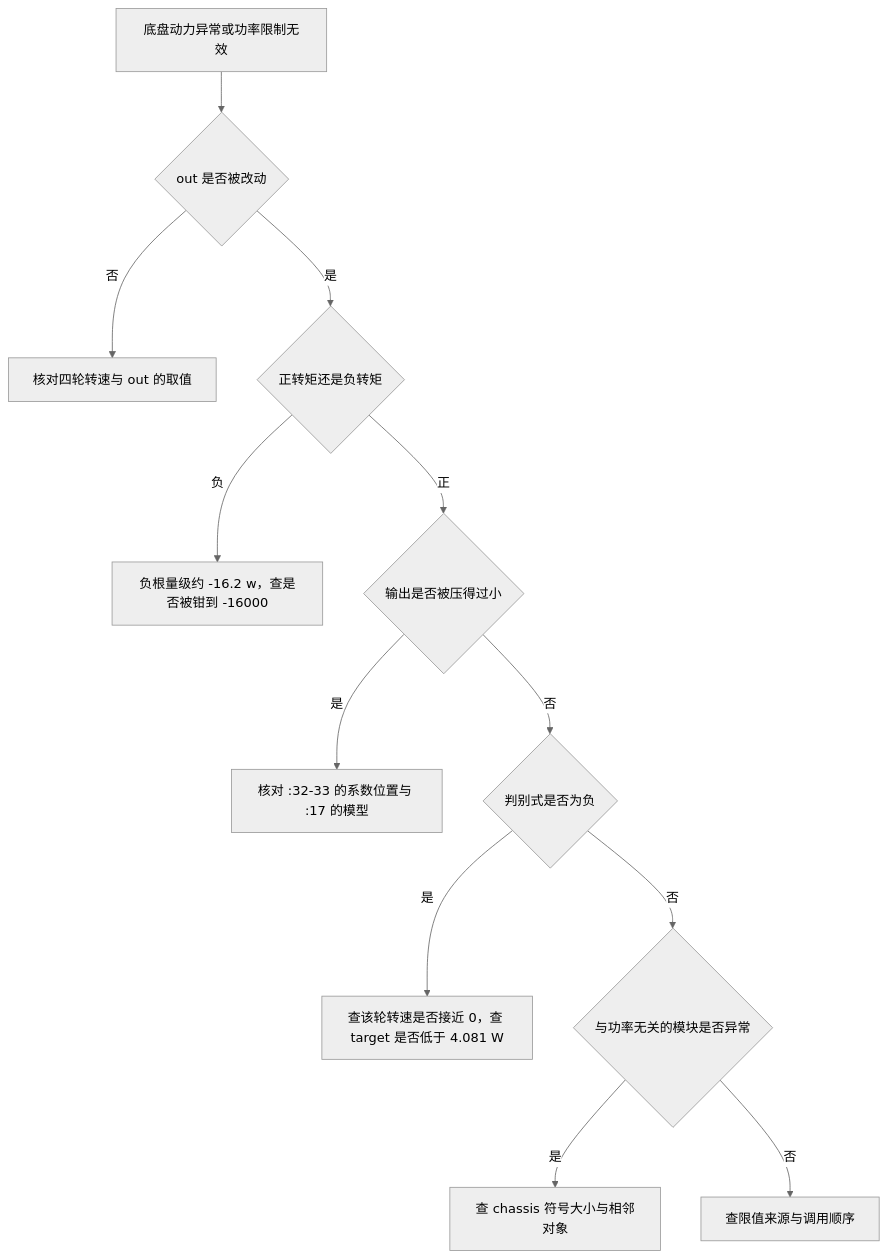
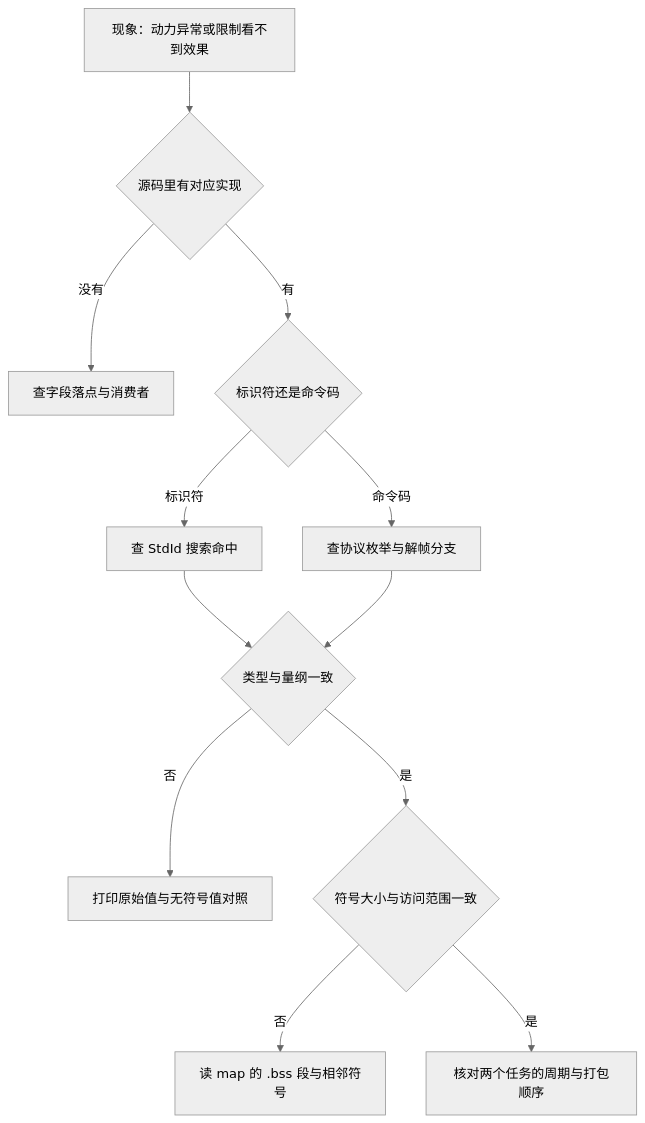
The first of 3 diagrams in docs/03-CAN 与电机/06-功率控制/05-易错点与排查顺序.md (TC635807/TC63PersonalWebsite), drawn with Mermaid (neutral theme) before and after one commit. The commit also changed other lines of this file and 728 other files, not shown here.

````diff
--- a/docs/03-CAN 与电机/06-功率控制/05-易错点与排查顺序.md
+++ b/docs/03-CAN 与电机/06-功率控制/05-易错点与排查顺序.md
@@ -24,14 +16,14 @@
 ```mermaid
 flowchart TD
-  A["底盘动力异常或功率限制无效"] --> B{"out 是否被改动"}
-  B -- "否" --> B1["核对四轮转速与 out 的取值"]
-  B -- "是" --> C{"正转矩还是负转矩"}
-  C -- "负" --> C1["负根量级约 -16.2 w，查是否被钳到 -16000"]
-  C -- "正" --> D{"输出是否被压得过小"}
-  D -- "是" --> D1["核对 :32-33 的系数位置与 :17 的模型"]
-  D -- "否" --> E{"判别式是否为负"}
-  E -- "是" --> E1["查该轮转速是否接近 0，查 target 是否低于 4.081 W"]
-  E -- "否" --> F{"与功率无关的模块是否异常"}
-  F -- "是" --> F1["查 chassis 符号大小与相邻对象"]
-  F -- "否" --> G["查限值来源与调用顺序"]
+  A["现象：动力异常或限制看不到效果"] --> B{"源码里有对应实现"}
+  B -- "没有" --> B1["查字段落点与消费者"]
+  B -- "有" --> C{"标识符还是命令码"}
+  C -- "标识符" --> C1["查 StdId 搜索命中"]
+  C -- "命令码" --> C2["查协议枚举与解帧分支"]
+  C1 --> D{"类型与量纲一致"}
+  C2 --> D
+  D -- "否" --> D1["打印原始值与无符号值对照"]
+  D -- "是" --> E{"符号大小与访问范围一致"}
+  E -- "否" --> E1["读 map 的 .bss 段与相邻符号"]
+  E -- "是" --> F["核对两个任务的周期与打包顺序"]
 ```
````
